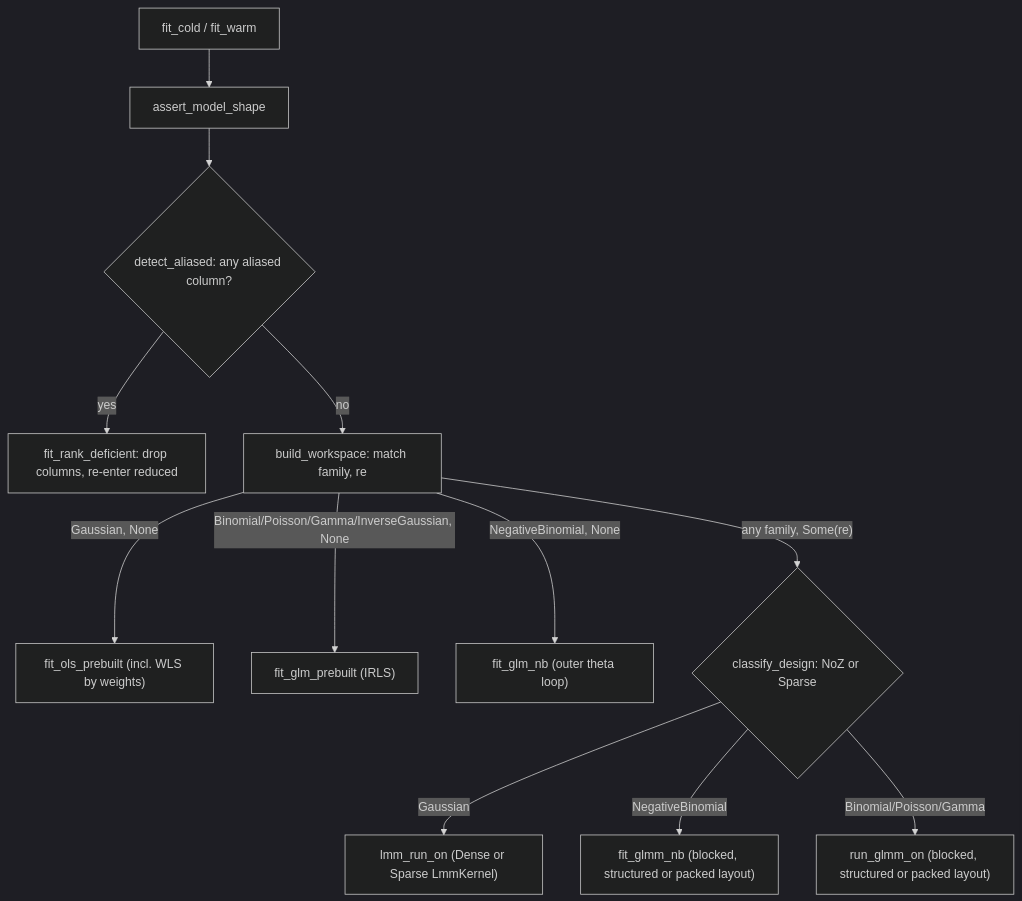
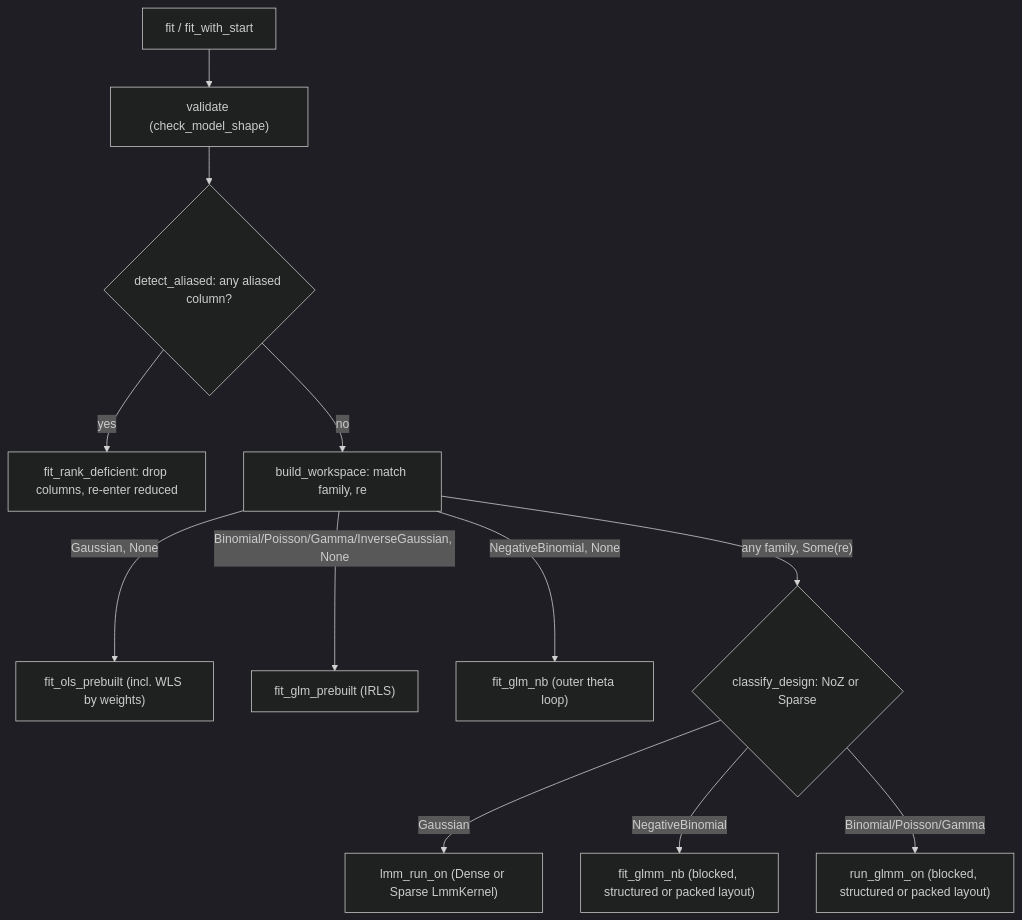
One commit to pawlenartowicz/glmm changed the diagram in documentation/algorithms.md. Above: the diagram before and after it, drawn with Mermaid (dark theme). The commit also changed other lines of this file and 331 other files, not shown here.

````diff
--- a/documentation/algorithms.md
+++ b/documentation/algorithms.md
@@ -39,16 +41,16 @@
 ```mermaid
 flowchart TD
-  E["fit_cold / fit_warm"] --> SH["assert_model_shape"]
+  E["fit / fit_with_start"] --> SH["validate (check_model_shape)"]
   SH --> RD{"detect_aliased: any aliased column?"}
   RD -->|yes| RDF["fit_rank_deficient: drop columns, re-enter reduced"]
   RD -->|no| BW["build_workspace: match family, re"]
 
   BW -->|"Gaussian, None"| OLS["fit_ols_prebuilt (incl. WLS by weights)"]
   BW -->|"Binomial/Poisson/Gamma/InverseGaussian, None"| GLM["fit_glm_prebuilt (IRLS)"]
   BW -->|"NegativeBinomial, None"| GLMNB["fit_glm_nb (outer theta loop)"]
   BW -->|"any family, Some(re)"| CD{"classify_design: NoZ or Sparse"}
 
   CD -->|Gaussian| MLE["lmm_run_on (Dense or Sparse LmmKernel)"]
   CD -->|NegativeBinomial| GNB["fit_glmm_nb (blocked, structured or packed layout)"]
   CD -->|"Binomial/Poisson/Gamma"| GMM["run_glmm_on (blocked, structured or packed layout)"]
 ```
````
